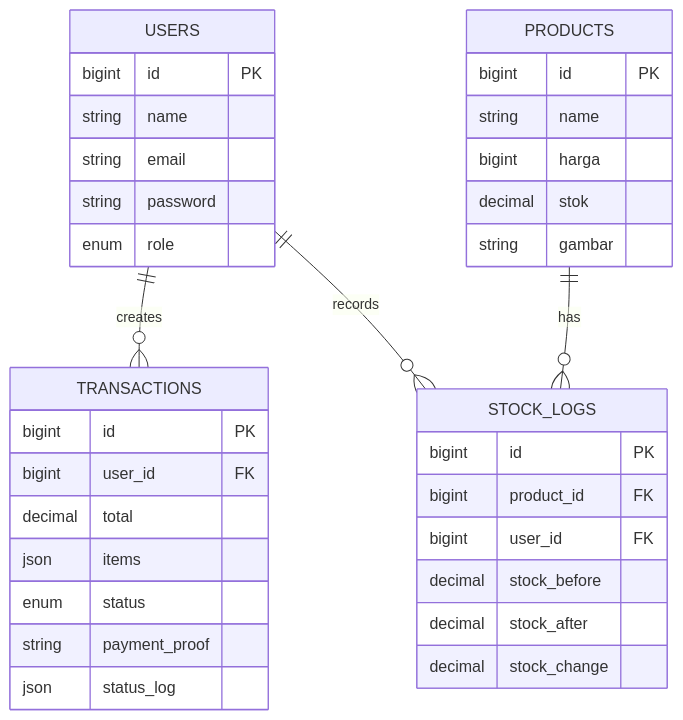
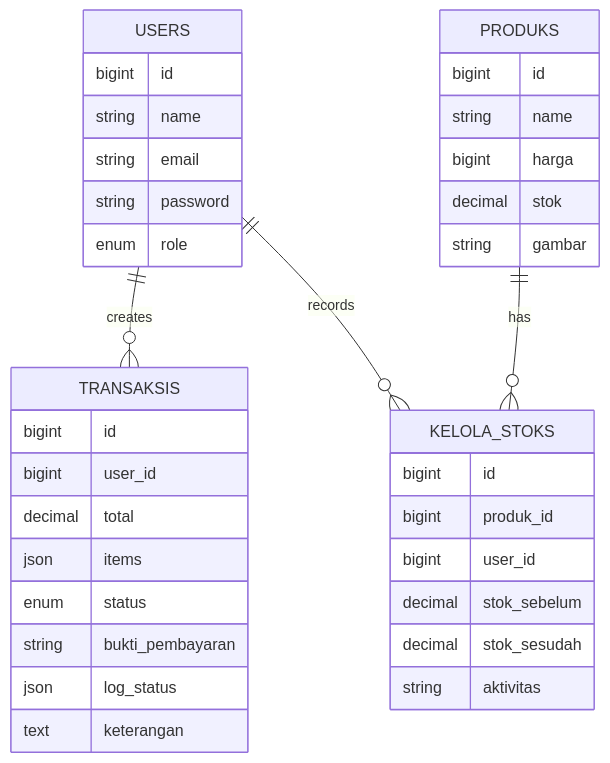
Before and after one commit to sulthanrhnn/sijasta-transaction-management: the second of 2 diagrams in README.md, drawn with Mermaid. The commit also changed other lines of this file and 10 other files, not shown here.

````diff
--- a/README.md
+++ b/README.md
@@ -79,41 +112,42 @@
 ```mermaid
 erDiagram
-    USERS ||--o{ TRANSACTIONS : creates
-    USERS ||--o{ STOCK_LOGS : records
-    PRODUCTS ||--o{ STOCK_LOGS : has
+    USERS ||--o{ TRANSAKSIS : creates
+    USERS ||--o{ KELOLA_STOKS : records
+    PRODUKS ||--o{ KELOLA_STOKS : has
 
     USERS {
-        bigint id PK
+        bigint id
         string name
         string email
         string password
         enum role
     }
 
-    PRODUCTS {
-        bigint id PK
+    PRODUKS {
+        bigint id
         string name
         bigint harga
         decimal stok
         string gambar
     }
 
-    TRANSACTIONS {
-        bigint id PK
-        bigint user_id FK
+    TRANSAKSIS {
+        bigint id
+        bigint user_id
         decimal total
         json items
         enum status
-        string payment_proof
-        json status_log
+        string bukti_pembayaran
+        json log_status
+        text keterangan
     }
 
-    STOCK_LOGS {
-        bigint id PK
-        bigint product_id FK
-        bigint user_id FK
-        decimal stock_before
-        decimal stock_after
-        decimal stock_change
+    KELOLA_STOKS {
+        bigint id
+        bigint produk_id
+        bigint user_id
+        decimal stok_sebelum
+        decimal stok_sesudah
+        string aktivitas
     }
 ```
````
